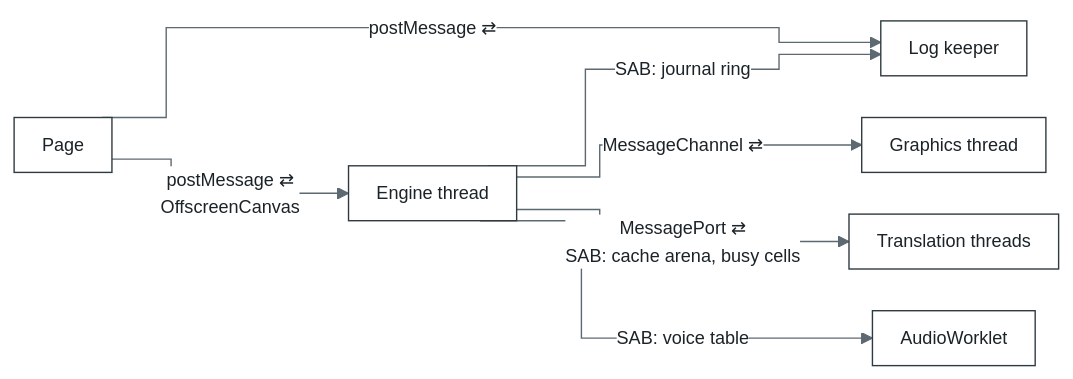
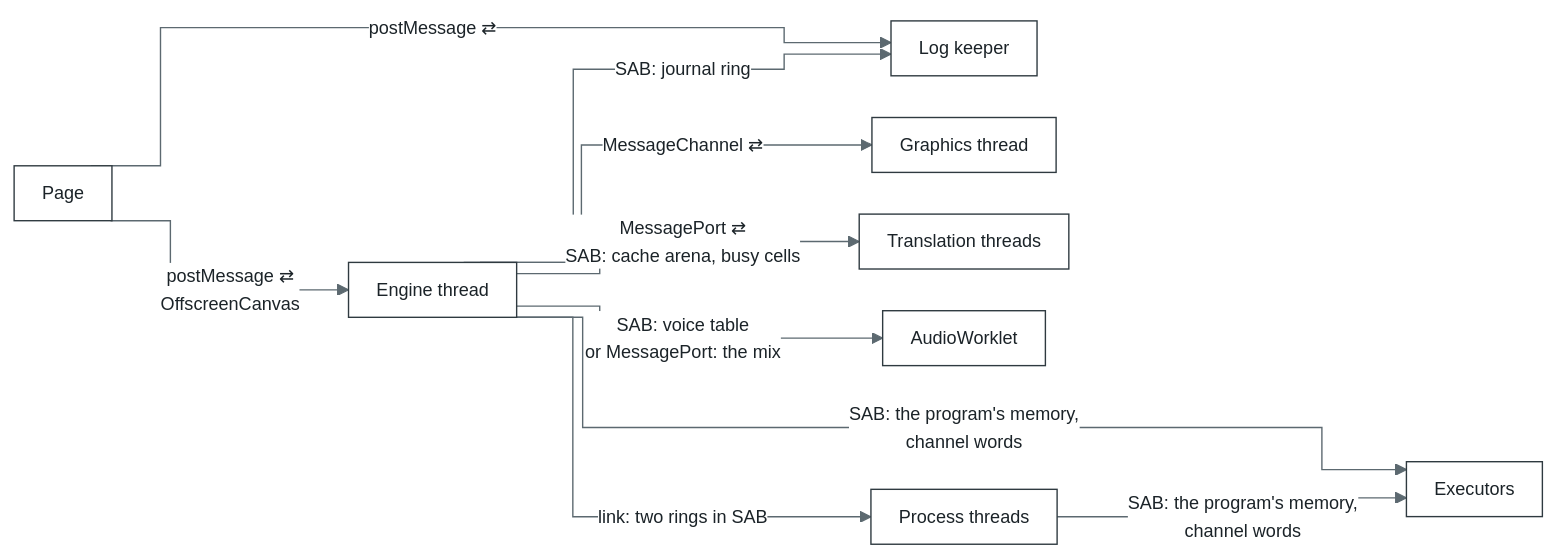
One commit to bottlify/bottlify changed the second of 10 diagrams in docs/architecture.md. Above: the diagram before and after it, drawn with Mermaid. The commit also changed other lines of this file and 5 other files, not shown here.

````diff
--- a/docs/architecture.md
+++ b/docs/architecture.md
@@ -162,10 +176,13 @@
 ```mermaid
 %%{init: {"theme": "base", "flowchart": {"curve": "step", "nodeSpacing": 30, "rankSpacing": 70, "padding": 10}, "themeVariables": {"fontFamily": "Inter, Segoe UI, Helvetica, Arial, sans-serif", "fontSize": "13px", "primaryColor": "#FFFFFF", "primaryBorderColor": "#2F3A40", "primaryTextColor": "#1B2328", "lineColor": "#5C6970", "clusterBkg": "#F3F5F6", "clusterBorder": "#9AA6AC", "edgeLabelBackground": "#FFFFFF"}}}%%
 flowchart LR
   P["Page"] -->|"postMessage ⇄<br/>OffscreenCanvas"| E["Engine thread"]
   P -->|"postMessage ⇄"| K["Log keeper"]
   E -->|"SAB: journal ring"| K
   E -->|"MessageChannel ⇄"| G["Graphics thread"]
   E -->|"MessagePort ⇄<br/>SAB: cache arena, busy cells"| T["Translation threads"]
-  E -->|"SAB: voice table"| A["AudioWorklet"]
+  E -->|"SAB: voice table<br/>or MessagePort: the mix"| A["AudioWorklet"]
+  E -->|"link: two rings in SAB"| R["Process threads"]
+  E -->|"SAB: the program's memory,<br/>channel words"| X["Executors"]
+  R -->|"SAB: the program's memory,<br/>channel words"| X
 ```
````
